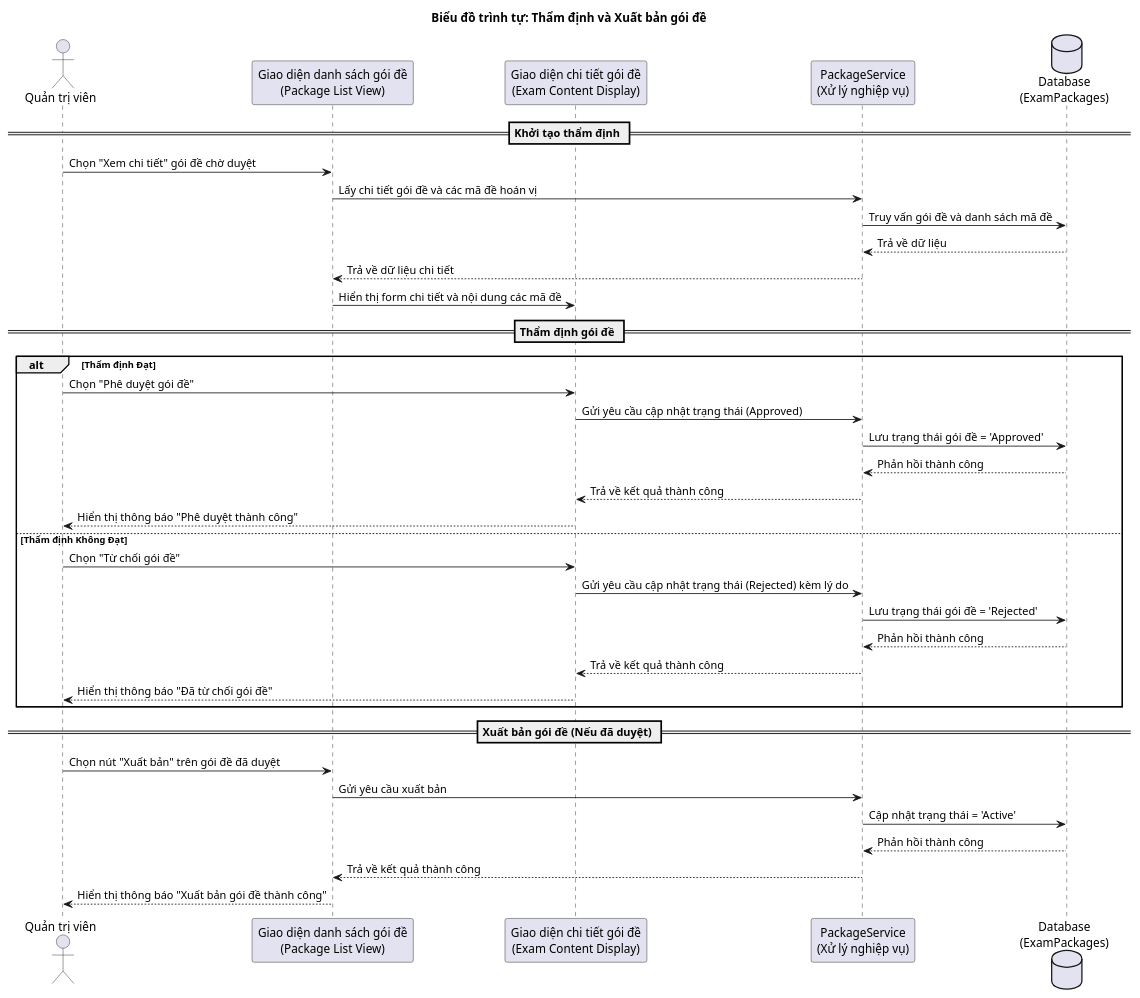
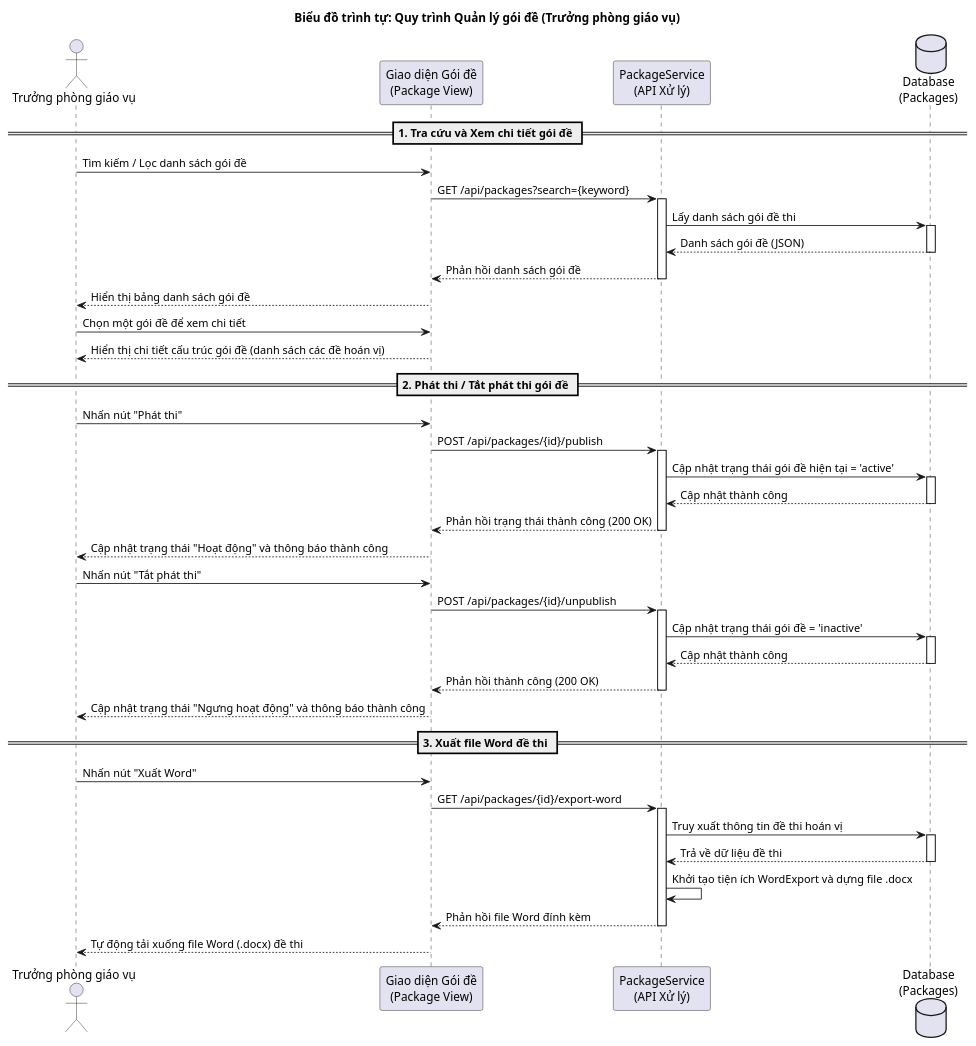
The second of 4 diagrams in Usecase/quanlygoide.md (VuKV03/do-an-tot-nghiep), drawn with PlantUML before and after one commit. The commit also changed other lines of this file and 10 other files, not shown here.

Commit message:
các biểu đồ

````diff
--- a/Usecase/quanlygoide.md
+++ b/Usecase/quanlygoide.md
@@ -71,44 +56,61 @@
 ```plantuml
 @startuml
-title Biểu đồ trình tự: Thẩm định và Xuất bản gói đề
+title Biểu đồ trình tự: Quy trình Quản lý gói đề (Trưởng phòng giáo vụ)
 
-actor "Quản trị viên" as Admin
-participant "Giao diện danh sách gói đề\n(Package List View)" as View
-participant "Giao diện chi tiết gói đề\n(Exam Content Display)" as Detail
-participant "PackageService\n(Xử lý nghiệp vụ)" as Service
-database "Database\n(ExamPackages)" as DB
+actor "Trưởng phòng giáo vụ" as TPGV
+participant "Giao diện Gói đề\n(Package View)" as View
+participant "PackageService\n(API Xử lý)" as Service
+database "Database\n(Packages)" as DB
 
-== Khởi tạo thẩm định ==
-Admin -> View : Chọn "Xem chi tiết" gói đề chờ duyệt
-View -> Service : Lấy chi tiết gói đề và các mã đề hoán vị
-Service -> DB : Truy vấn gói đề và danh sách mã đề
-DB --> Service : Trả về dữ liệu
-Service --> View : Trả về dữ liệu chi tiết
-View -> Detail : Hiển thị form chi tiết và nội dung các mã đề
+== 1. Tra cứu và Xem chi tiết gói đề ==
+TPGV -> View : Tìm kiếm / Lọc danh sách gói đề
+View -> Service : GET /api/packages?search={keyword}
+activate Service
+Service -> DB : Lấy danh sách gói đề thi
+activate DB
+DB --> Service : Danh sách gói đề (JSON)
+deactivate DB
+Service --> View : Phản hồi danh sách gói đề
+deactivate Service
+View --> TPGV : Hiển thị bảng danh sách gói đề
 
-== Thẩm định gói đề ==
-alt Thẩm định Đạt
-    Admin -> Detail : Chọn "Phê duyệt gói đề"
-    Detail -> Service : Gửi yêu cầu cập nhật trạng thái (Approved)
-    Service -> DB : Lưu trạng thái gói đề = 'Approved'
-    DB --> Service : Phản hồi thành công
-    Service --> Detail : Trả về kết quả thành công
-    Detail --> Admin : Hiển thị thông báo "Phê duyệt thành công"
-else Thẩm định Không Đạt
-    Admin -> Detail : Chọn "Từ chối gói đề"
-    Detail -> Service : Gửi yêu cầu cập nhật trạng thái (Rejected) kèm lý do
-    Service -> DB : Lưu trạng thái gói đề = 'Rejected'
-    DB --> Service : Phản hồi thành công
-    Service --> Detail : Trả về kết quả thành công
-    Detail --> Admin : Hiển thị thông báo "Đã từ chối gói đề"
-end
+TPGV -> View : Chọn một gói đề để xem chi tiết
+View --> TPGV : Hiển thị chi tiết cấu trúc gói đề (danh sách các đề hoán vị)
 
-== Xuất bản gói đề (Nếu đã duyệt) ==
-Admin -> View : Chọn nút "Xuất bản" trên gói đề đã duyệt
-View -> Service : Gửi yêu cầu xuất bản
-Service -> DB : Cập nhật trạng thái = 'Active'
-DB --> Service : Phản hồi thành công
-Service --> View : Trả về kết quả thành công
-View --> Admin : Hiển thị thông báo "Xuất bản gói đề thành công"
+== 2. Phát thi / Tắt phát thi gói đề ==
+TPGV -> View : Nhấn nút "Phát thi"
+View -> Service : POST /api/packages/{id}/publish
+activate Service
+Service -> DB : Cập nhật trạng thái gói đề hiện tại = 'active'
+activate DB
+DB --> Service : Cập nhật thành công
+deactivate DB
+Service --> View : Phản hồi trạng thái thành công (200 OK)
+deactivate Service
+View --> TPGV : Cập nhật trạng thái "Hoạt động" và thông báo thành công
+
+TPGV -> View : Nhấn nút "Tắt phát thi"
+View -> Service : POST /api/packages/{id}/unpublish
+activate Service
+Service -> DB : Cập nhật trạng thái gói đề = 'inactive'
+activate DB
+DB --> Service : Cập nhật thành công
+deactivate DB
+Service --> View : Phản hồi thành công (200 OK)
+deactivate Service
+View --> TPGV : Cập nhật trạng thái "Ngưng hoạt động" và thông báo thành công
+
+== 3. Xuất file Word đề thi ==
+TPGV -> View : Nhấn nút "Xuất Word"
+View -> Service : GET /api/packages/{id}/export-word
+activate Service
+Service -> DB : Truy xuất thông tin đề thi hoán vị
+activate DB
+DB --> Service : Trả về dữ liệu đề thi
+deactivate DB
+Service -> Service : Khởi tạo tiện ích WordExport và dựng file .docx
+Service --> View : Phản hồi file Word đính kèm
+deactivate Service
+View --> TPGV : Tự động tải xuống file Word (.docx) đề thi
 @enduml
 ```
````
